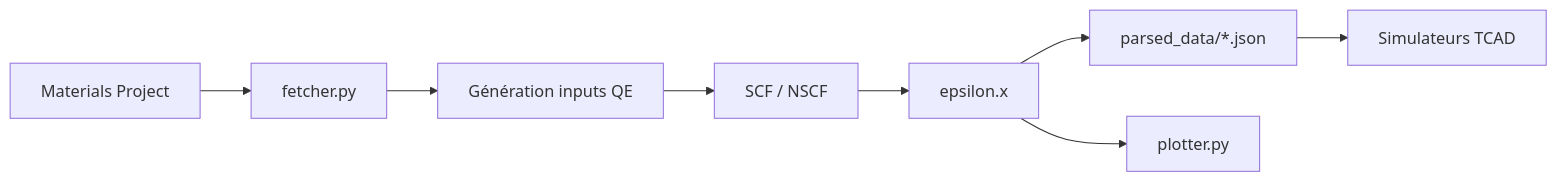
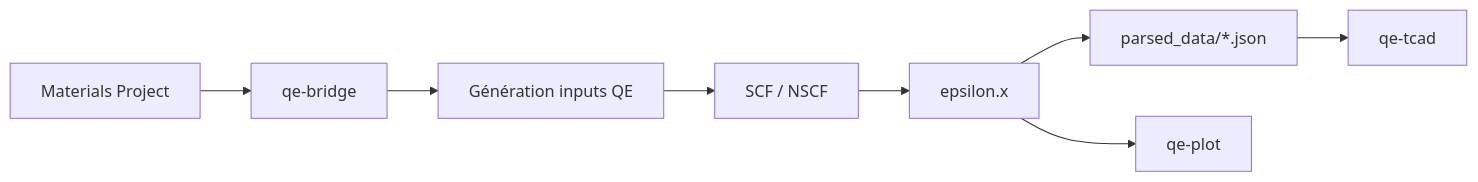
The diagram in docs/welcome.mdx (lauryne-ai/site_tcad), drawn with Mermaid before and after one commit. The commit also changed other lines of this file and 18 other files, not shown here.

Commit message:
Document qe-plot, qe-tcad, PyPI/Docker and secure MP_API_KEY

````diff
--- a/docs/welcome.mdx
+++ b/docs/welcome.mdx
@@ -56,10 +57,10 @@
 ```mermaid
 flowchart LR
-    MP[Materials Project] --> Fetcher[fetcher.py]
+    MP[Materials Project] --> Fetcher[qe-bridge]
     Fetcher --> Gen[Génération inputs QE]
     Gen --> SCF[SCF / NSCF]
     SCF --> Eps[epsilon.x]
     Eps --> JSON[parsed_data/*.json]
-    JSON --> TCAD[Simulateurs TCAD]
-    Eps --> Plots[plotter.py]
+    JSON --> TCAD[qe-tcad]
+    Eps --> Plots[qe-plot]
 ```
````
